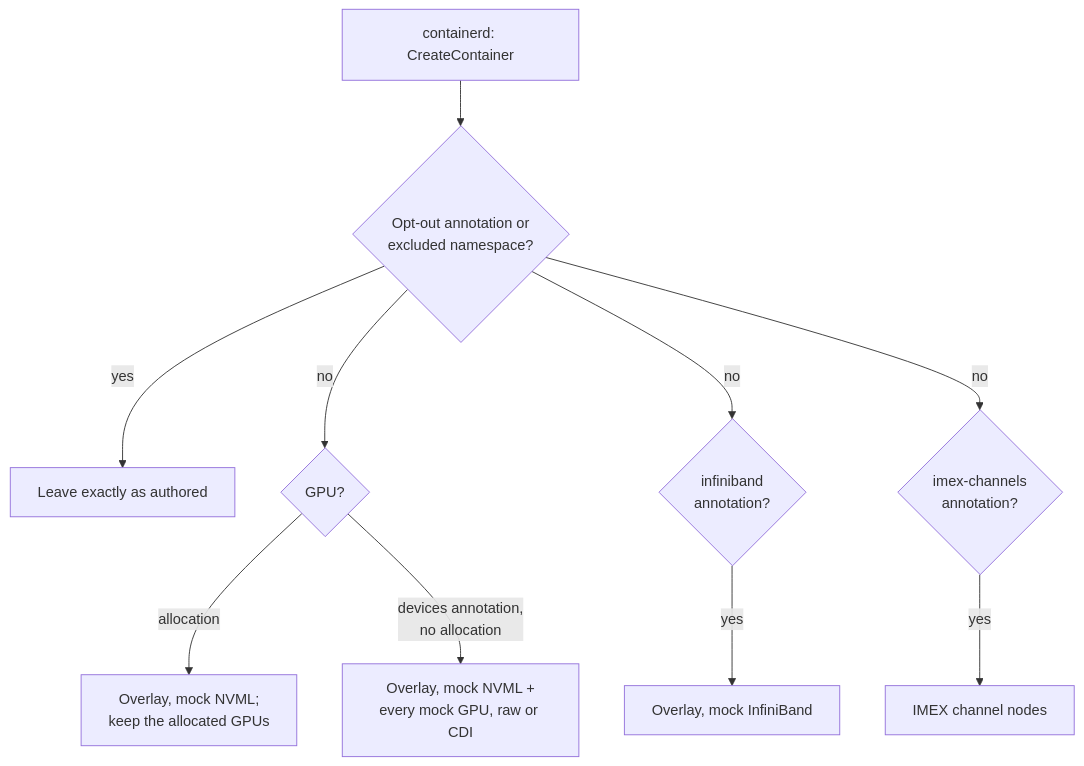
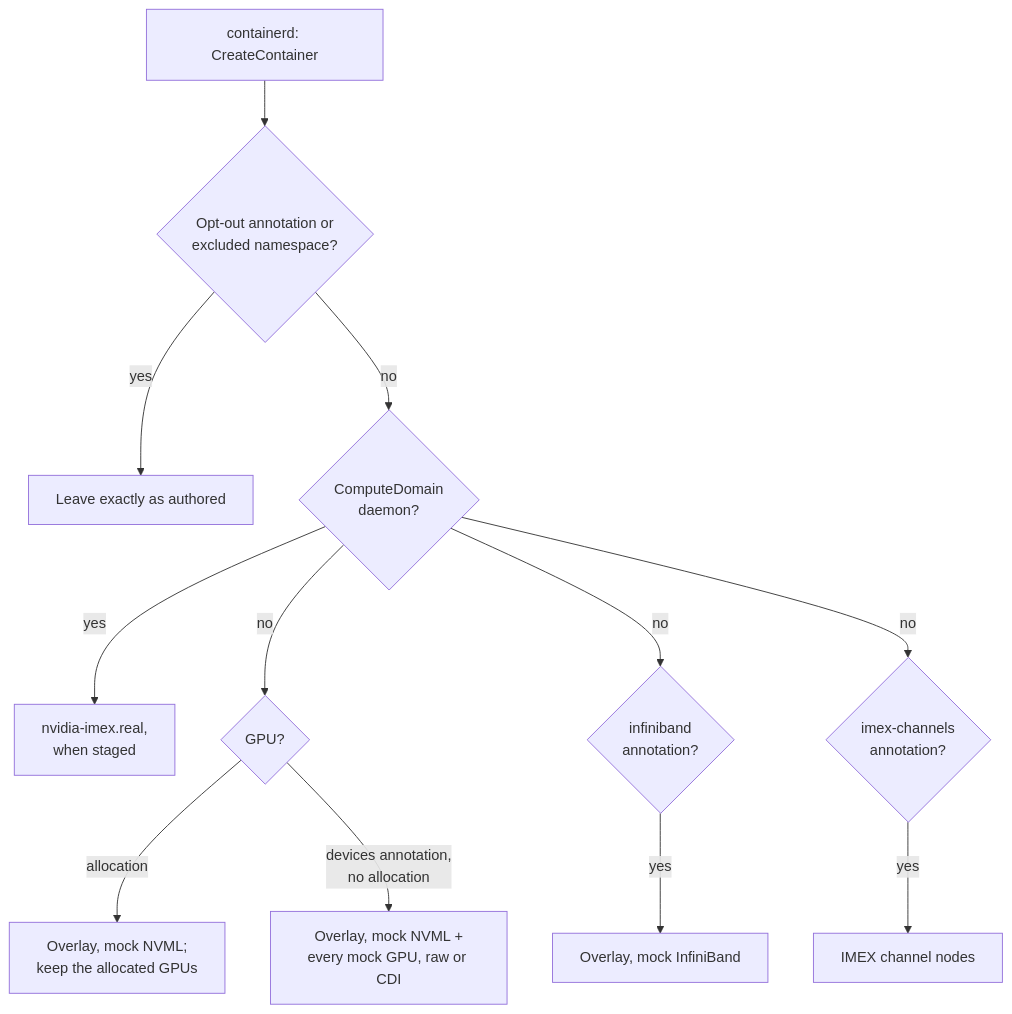
The diagram in docs/components/nri-plugin.md (NVIDIA/k8s-test-infra), drawn with Mermaid before and after one commit. The commit also changed other lines of this file and 9 other files, not shown here.

First line of the commit message:
feat(nri): hand the ComputeDomain daemon the real IMEX binary

````diff
--- a/docs/components/nri-plugin.md
+++ b/docs/components/nri-plugin.md
@@ -88,12 +96,14 @@
 ```mermaid
 flowchart TB
     create[containerd: CreateContainer] --> skip{Opt-out annotation or<br/>excluded namespace?}
     skip -->|yes| asis[Leave exactly as authored]
-    skip -->|no| gpu{GPU?}
-    skip -->|no| ib{infiniband<br/>annotation?}
-    skip -->|no| imex{imex-channels<br/>annotation?}
+    skip -->|no| cd{ComputeDomain<br/>daemon?}
+    cd -->|yes| daemon[nvidia-imex.real,<br/>when staged]
+    cd -->|no| gpu{GPU?}
+    cd -->|no| ib{infiniband<br/>annotation?}
+    cd -->|no| imex{imex-channels<br/>annotation?}
     gpu -->|allocation| keep[Overlay, mock NVML;<br/>keep the allocated GPUs]
     gpu -->|devices annotation,<br/>no allocation| all[Overlay, mock NVML +<br/>every mock GPU, raw or CDI]
     ib -->|yes| fabric[Overlay, mock InfiniBand]
     imex -->|yes| channels[IMEX channel nodes]
 ```
````
